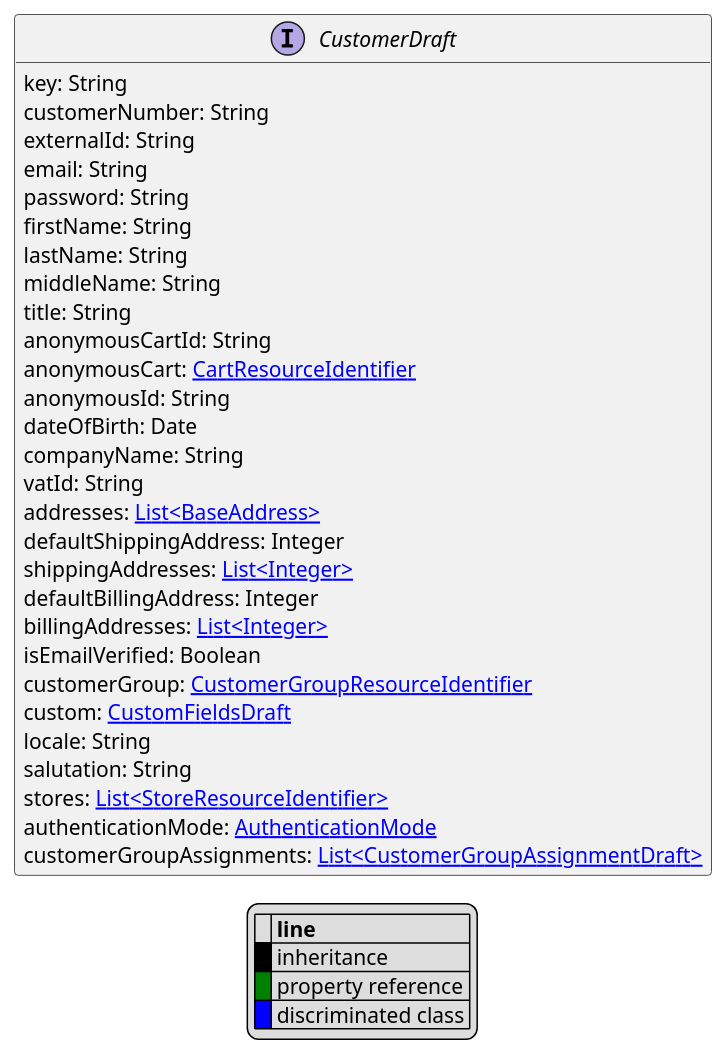
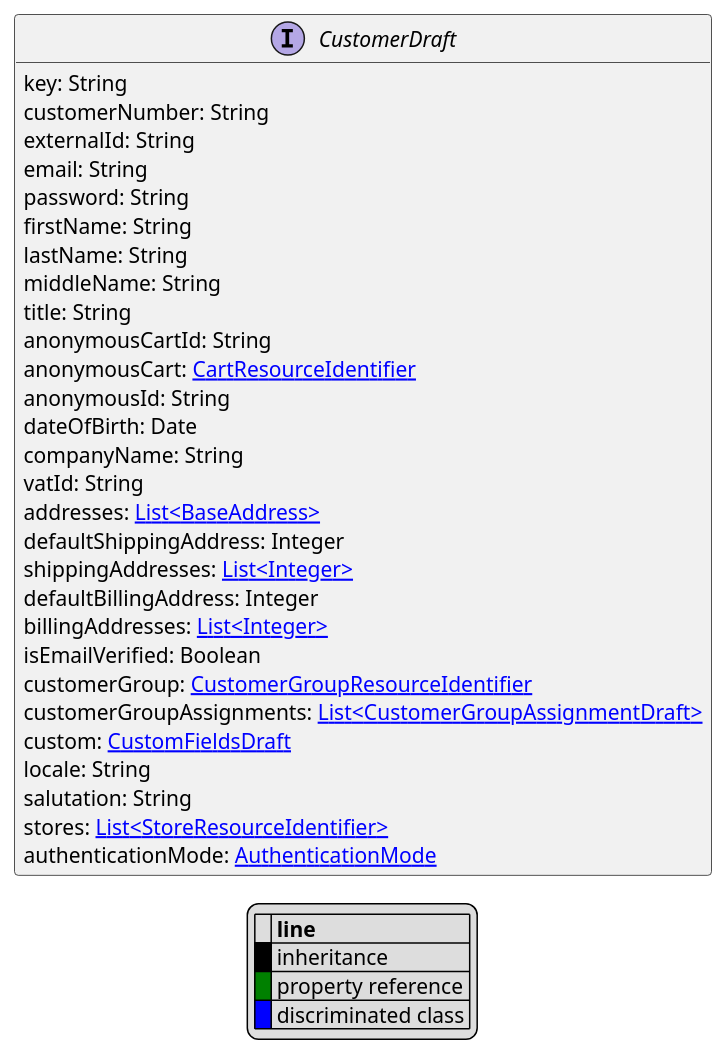
One commit to commercetools/commercetools-api-reference changed the diagram in uml/api/CustomerDraft.puml. Above: the diagram before and after it, drawn with PlantUML. The commit also changed other lines of this file and 34 other files, not shown here.

```diff
--- a/uml/api/CustomerDraft.puml
+++ b/uml/api/CustomerDraft.puml
@@ -1,47 +1,47 @@
 @startuml
 
 hide empty fields
 hide empty methods
 legend
 |= |= line |
 |<back:black>   </back>| inheritance |
 |<back:green>   </back>| property reference |
 |<back:blue>   </back>| discriminated class |
 endlegend
 interface CustomerDraft [[CustomerDraft.svg]]  {
     key: String
     customerNumber: String
     externalId: String
     email: String
     password: String
     firstName: String
     lastName: String
     middleName: String
     title: String
     anonymousCartId: String
     anonymousCart: [[CartResourceIdentifier.svg CartResourceIdentifier]]
     anonymousId: String
     dateOfBirth: Date
     companyName: String
     vatId: String
     addresses: [[BaseAddress.svg List<BaseAddress>]]
     defaultShippingAddress: Integer
     shippingAddresses: [[Integer.svg List<Integer>]]
     defaultBillingAddress: Integer
     billingAddresses: [[Integer.svg List<Integer>]]
     isEmailVerified: Boolean
     customerGroup: [[CustomerGroupResourceIdentifier.svg CustomerGroupResourceIdentifier]]
+    customerGroupAssignments: [[CustomerGroupAssignmentDraft.svg List<CustomerGroupAssignmentDraft>]]
     custom: [[CustomFieldsDraft.svg CustomFieldsDraft]]
     locale: String
     salutation: String
     stores: [[StoreResourceIdentifier.svg List<StoreResourceIdentifier>]]
     authenticationMode: [[AuthenticationMode.svg AuthenticationMode]]
-    customerGroupAssignments: [[CustomerGroupAssignmentDraft.svg List<CustomerGroupAssignmentDraft>]]
 }
 
 
 
 
 
 
 @enduml
```
